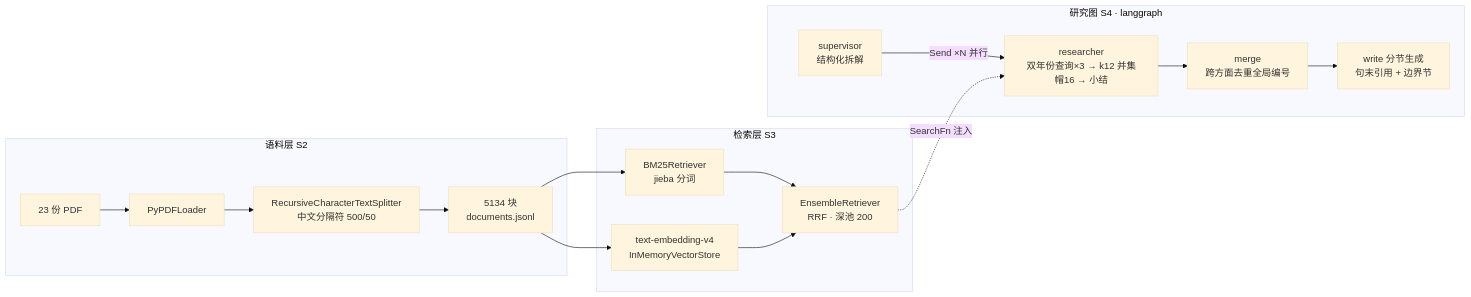
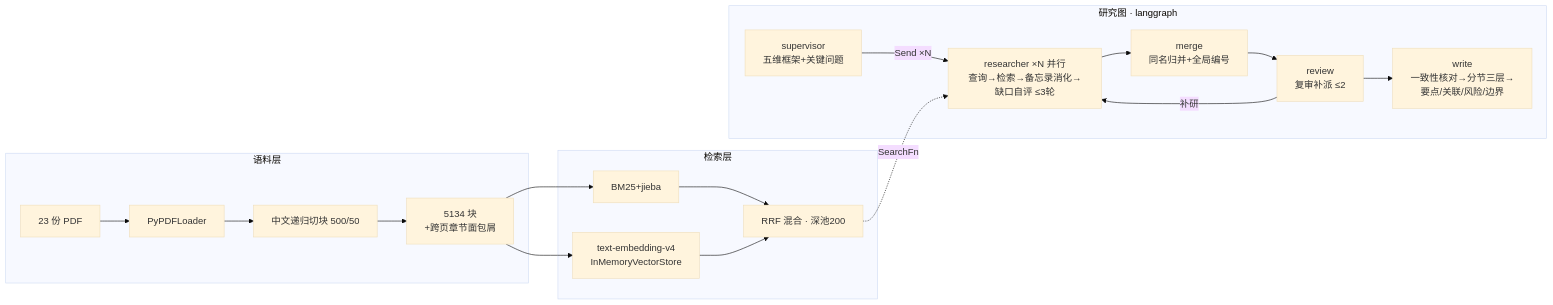
Before and after one commit to KaiyangDing/argus-lg: the diagram in README.md, drawn with Mermaid (base theme). The commit also changed other lines of this file and 15 other files, not shown here.

````diff
--- a/README.md
+++ b/README.md
@@ -8,17 +12,18 @@
 ```mermaid
 flowchart LR
-    subgraph 语料层S2["语料层 S2"]
-        PDF[23 份 PDF] --> L[PyPDFLoader] --> SP[RecursiveCharacterTextSplitter<br>中文分隔符 500/50] --> C[5134 块<br>documents.jsonl]
+    subgraph 语料层["语料层"]
+        PDF[23 份 PDF] --> L[PyPDFLoader] --> SP[中文递归切块 500/50] --> C[5134 块<br>+跨页章节面包屑]
     end
-    subgraph 检索层S3["检索层 S3"]
-        C --> B[BM25Retriever<br>jieba 分词]
+    subgraph 检索层["检索层"]
+        C --> B[BM25+jieba]
         C --> V[text-embedding-v4<br>InMemoryVectorStore]
-        B --> H[EnsembleRetriever<br>RRF · 深池 200]
+        B --> H[RRF 混合 · 深池200]
         V --> H
     end
-    subgraph 研究图S4["研究图 S4 · langgraph"]
-        S[supervisor<br>结构化拆解] -->|Send ×N 并行| R[researcher<br>双年份查询×3 → k12 并集帽16 → 小结]
-        R --> M[merge<br>跨方面去重全局编号] --> W[write 分节生成<br>句末引用 + 边界节]
+    subgraph 研究图["研究图 · langgraph"]
+        S[supervisor<br>五维框架+关键问题] -->|Send ×N| R[researcher ×N 并行<br>查询→检索→备忘录消化→缺口自评 ≤3轮]
+        R --> M[merge<br>同名归并+全局编号] --> RV[review<br>复审补派 ≤2] -->|补研| R
+        RV --> W[write<br>一致性核对→分节三层→<br>要点/关联/风险/边界]
     end
-    H -.SearchFn 注入.-> R
+    H -.SearchFn.-> R
 ```
````
